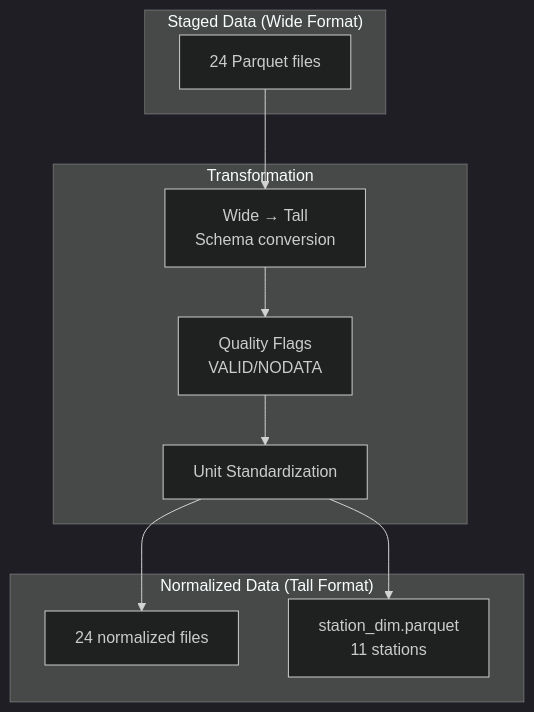
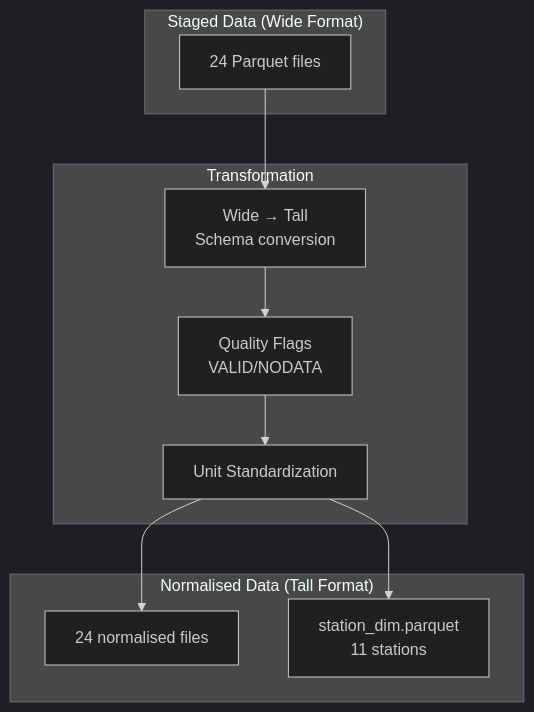
One commit to WazirRohiman/cct-sensors-batch-pipeline changed the fourth of 10 diagrams in docs/PIPELINE_VISUAL_GUIDE.md. Above: the diagram before and after it, drawn with Mermaid (dark theme). The commit also changed other lines of this file and 8 other files, not shown here.

````diff
--- a/docs/PIPELINE_VISUAL_GUIDE.md
+++ b/docs/PIPELINE_VISUAL_GUIDE.md
@@ -122,23 +122,23 @@
 ```mermaid
 flowchart TB
     subgraph Input["Staged Data (Wide Format)"]
         I1[24 Parquet files]
     end
 
     subgraph Transform["Transformation"]
         T1[Wide → Tall<br/>Schema conversion]
         T2[Quality Flags<br/>VALID/NODATA]
         T3[Unit Standardization]
     end
 
-    subgraph Output["Normalized Data (Tall Format)"]
-        O1[24 normalized files]
+    subgraph Output["Normalised Data (Tall Format)"]
+        O1[24 normalised files]
         O2[station_dim.parquet<br/>11 stations]
     end
 
     I1 --> T1
     T1 --> T2
     T2 --> T3
     T3 --> O1
     T3 --> O2
 ```
````
